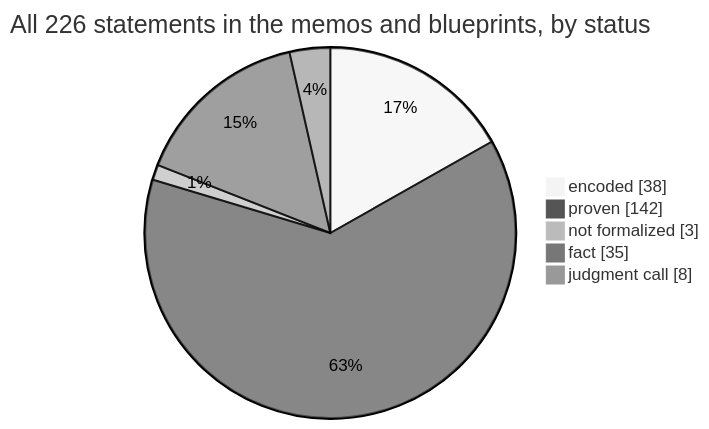
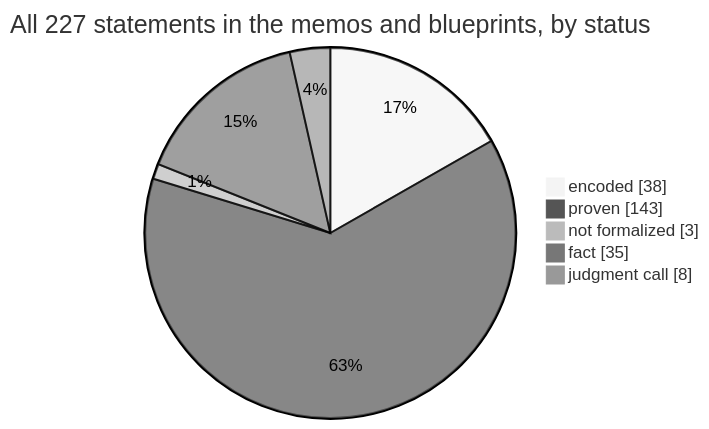
One commit to SeanWMurray/Canteen changed the first of 4 diagrams in docs/graphs/dashboard.md. Above: the diagram before and after it, drawn with Mermaid (neutral theme). The commit also changed other lines of this file and 16 other files, not shown here.

````diff
--- a/docs/graphs/dashboard.md
+++ b/docs/graphs/dashboard.md
@@ -11,8 +11,8 @@
 ```mermaid
-pie showData title All 226 statements in the memos and blueprints, by status
+pie showData title All 227 statements in the memos and blueprints, by status
     "encoded" : 38
-    "proven" : 142
+    "proven" : 143
     "not formalized" : 3
     "fact" : 35
     "judgment call" : 8
 ```
````
